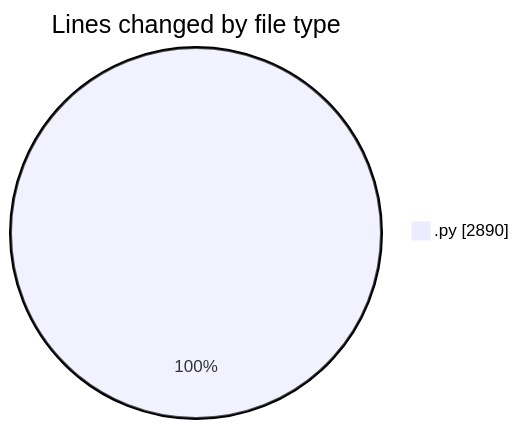
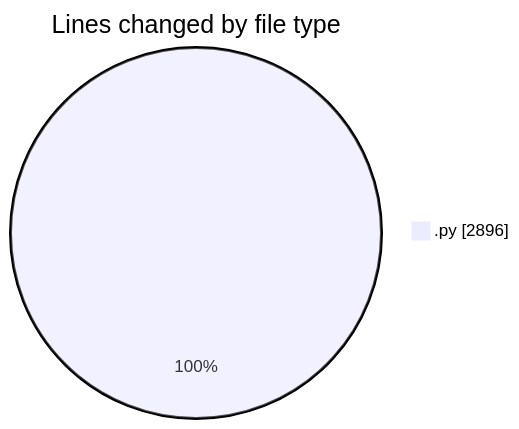
The first of 2 diagrams in 2025-11-24/eventscop-api-guide__workspace_/README.md (julien-gomy/code-tracking), drawn with Mermaid before and after one commit. The commit also changed other lines of this file and 1 other file, not shown here.

````diff
--- a/2025-11-24/eventscop-api-guide__workspace_/README.md
+++ b/2025-11-24/eventscop-api-guide__workspace_/README.md
@@ -25,5 +25,5 @@
 ```mermaid
 pie showData
 title Lines changed by file type
-".py" : 2890
+".py" : 2896
 ```
````
